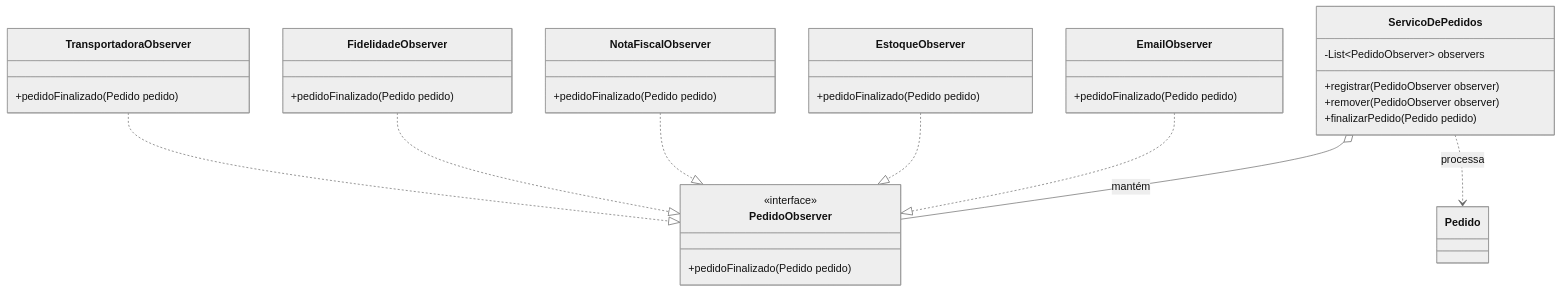
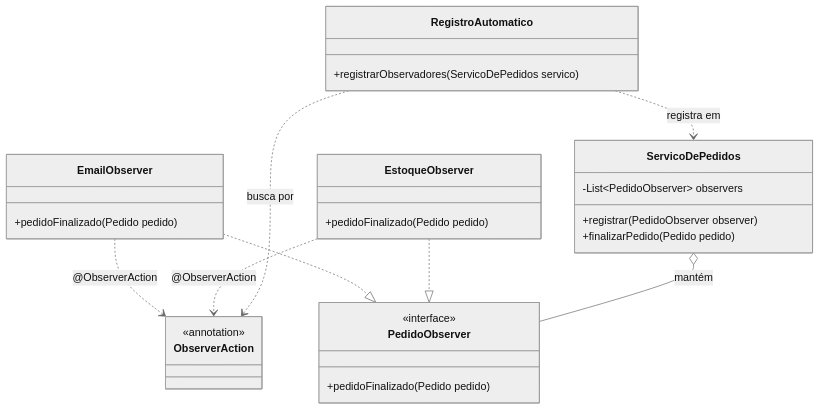
The diagram in README.md (filpss/projeto-observer-poo-avancada), drawn with Mermaid (neutral theme) before and after one commit. The commit also changed other lines of this file and 1 other file, not shown here.

````diff
--- a/README.md
+++ b/README.md
@@ -22,27 +22,30 @@
 ```mermaid
 classDiagram
     class PedidoObserver {
         <<interface>>
         +pedidoFinalizado(Pedido pedido)
     }
+    class ObserverAction {
+        <<annotation>>
+    }
+    class RegistroAutomatico {
+        +registrarObservadores(ServicoDePedidos servico)
+    }
     class ServicoDePedidos {
         -List~PedidoObserver~ observers
         +registrar(PedidoObserver observer)
-        +remover(PedidoObserver observer)
         +finalizarPedido(Pedido pedido)
     }
+    
     class EmailObserver { +pedidoFinalizado(Pedido pedido) }
     class EstoqueObserver { +pedidoFinalizado(Pedido pedido) }
-    class NotaFiscalObserver { +pedidoFinalizado(Pedido pedido) }
-    class FidelidadeObserver { +pedidoFinalizado(Pedido pedido) }
-    class TransportadoraObserver { +pedidoFinalizado(Pedido pedido) }
 
-    ServicoDePedidos o-- PedidoObserver : mantém
     EmailObserver ..|> PedidoObserver
     EstoqueObserver ..|> PedidoObserver
-    NotaFiscalObserver ..|> PedidoObserver
-    FidelidadeObserver ..|> PedidoObserver
-    TransportadoraObserver ..|> PedidoObserver
+    EmailObserver ..> ObserverAction : @ObserverAction
+    EstoqueObserver ..> ObserverAction : @ObserverAction
     
-    ServicoDePedidos ..> Pedido : processa
+    RegistroAutomatico ..> ObserverAction : busca por
+    RegistroAutomatico ..> ServicoDePedidos : registra em
+    ServicoDePedidos o-- PedidoObserver : mantém
 ```
````
